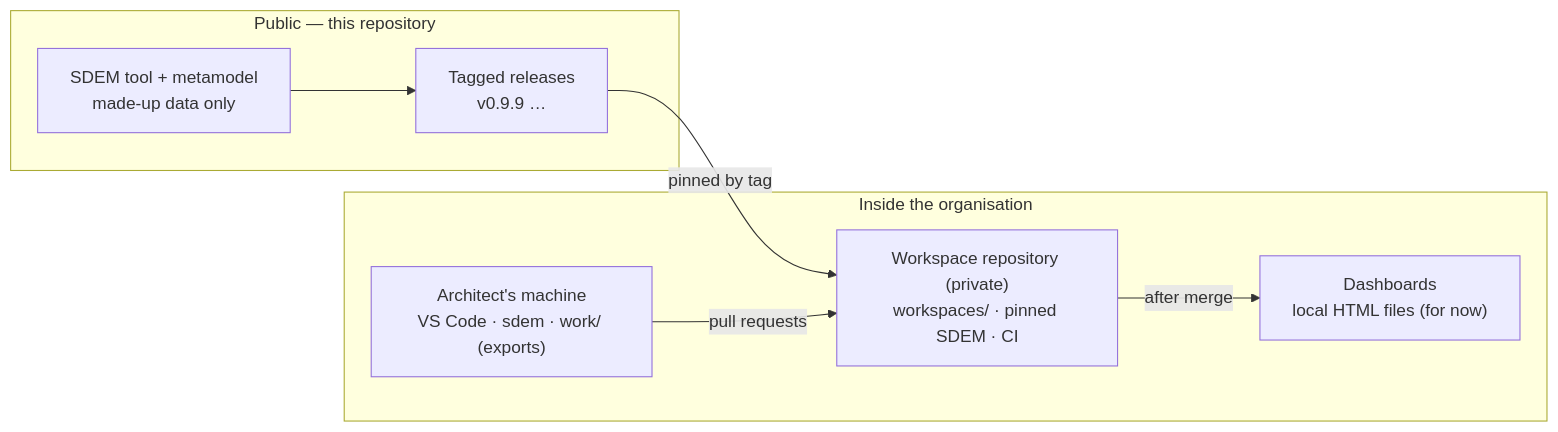
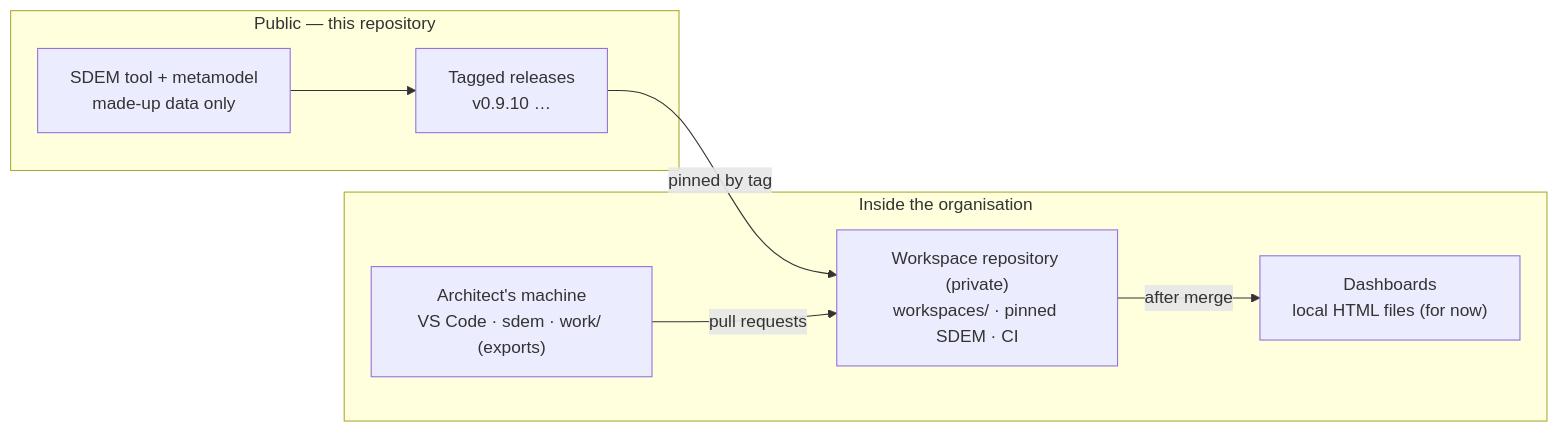
Before and after one commit to taumoeps/bian-sdem-framework: the diagram in docs/sdem-operating-model.md, drawn with Mermaid. The commit also changed other lines of this file and 22 other files, not shown here.

````diff
--- a/docs/sdem-operating-model.md
+++ b/docs/sdem-operating-model.md
@@ -7,14 +7,14 @@
 ```mermaid
 flowchart LR
     subgraph PUB["Public — this repository"]
-      T["SDEM tool + metamodel<br/>made-up data only"] --> REL["Tagged releases<br/>v0.9.9 …"]
+      T["SDEM tool + metamodel<br/>made-up data only"] --> REL["Tagged releases<br/>v0.9.10 …"]
     end
     subgraph ORG["Inside the organisation"]
       ER["Workspace repository (private)<br/>workspaces/ · pinned SDEM · CI"]
       WS["Architect's machine<br/>VS Code · sdem · work/ (exports)"]
       H["Dashboards<br/>local HTML files (for now)"]
     end
     REL -- "pinned by tag" --> ER
     WS -- "pull requests" --> ER
     ER -- "after merge" --> H
 ```
````
